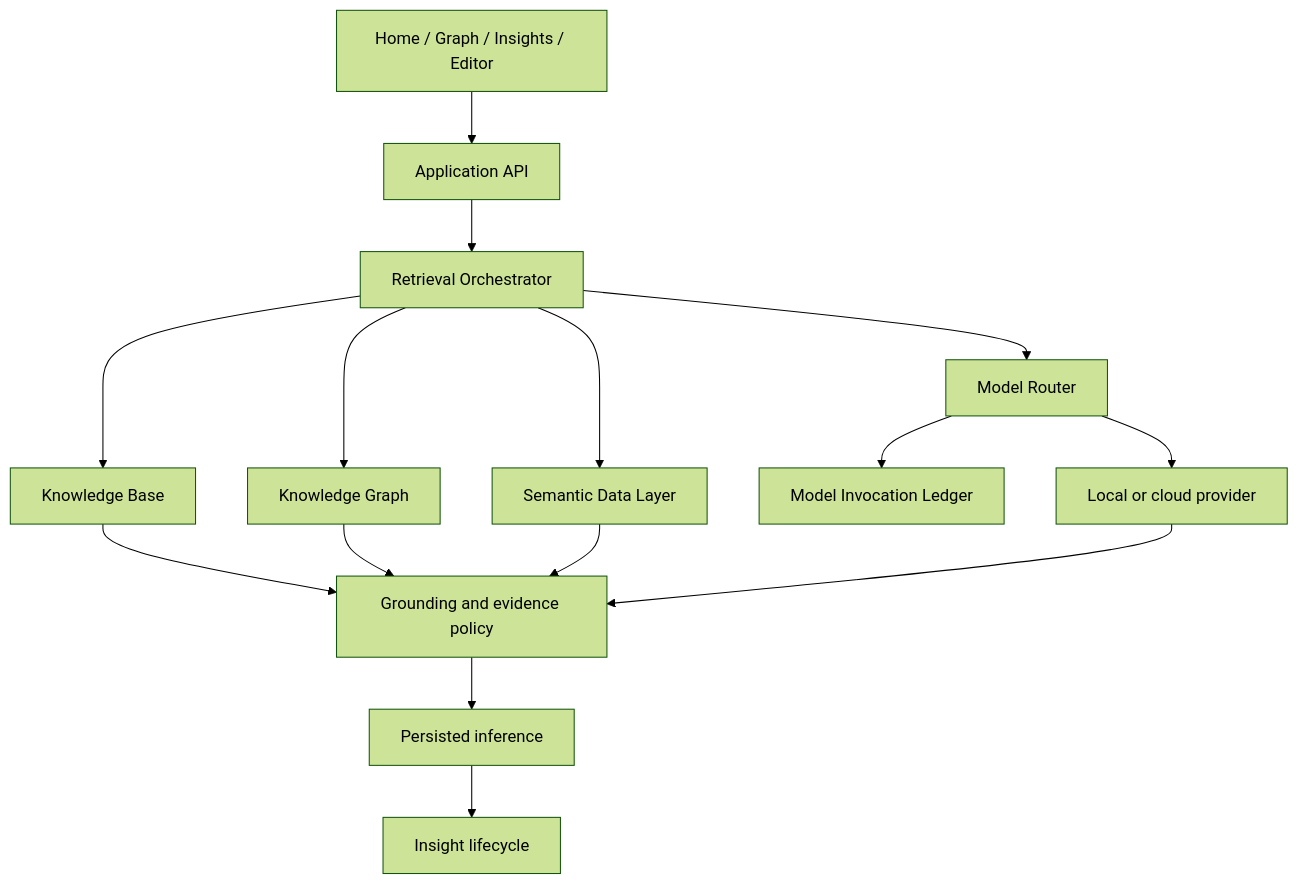
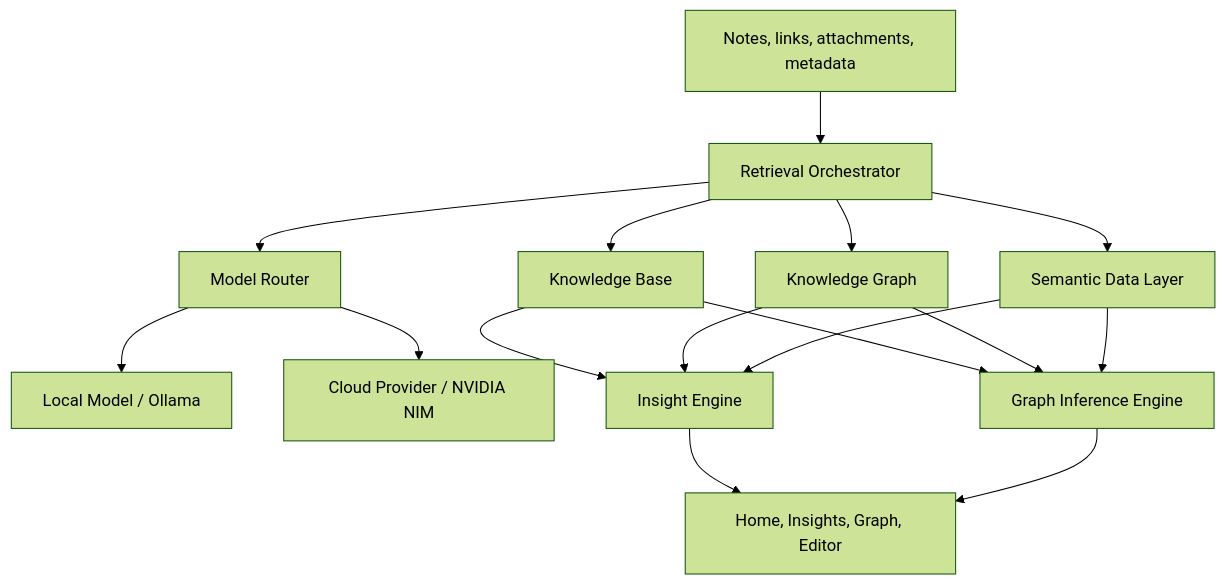
One commit to imsouza/berrybrain changed the third of 6 diagrams in README.md. Above: the diagram before and after it, drawn with Mermaid (forest theme). The commit also changed other lines of this file and 160 other files, not shown here.

````diff
--- a/README.md
+++ b/README.md
@@ -220,17 +189,18 @@
 ```mermaid
 flowchart TB
-  UI[Home / Graph / Insights / Editor] --> API[Application API]
-  API --> Orchestrator[Retrieval Orchestrator]
+  Input[Notes, links, attachments, metadata] --> Orchestrator[Retrieval Orchestrator]
   Orchestrator --> KB[Knowledge Base]
   Orchestrator --> KG[Knowledge Graph]
   Orchestrator --> SDL[Semantic Data Layer]
   Orchestrator --> Router[Model Router]
-  Router --> Ledger[Model Invocation Ledger]
-  Router --> Provider[Local or cloud provider]
-  KB --> Validator[Grounding and evidence policy]
-  KG --> Validator
-  SDL --> Validator
-  Provider --> Validator
-  Validator --> Inference[Persisted inference]
-  Inference --> Insights[Insight lifecycle]
+  Router --> Local[Local Model / Ollama]
+  Router --> Cloud[Cloud Provider / NVIDIA NIM]
+  KB --> Insight[Insight Engine]
+  KG --> Insight
+  SDL --> Insight
+  KB --> Infer[Graph Inference Engine]
+  KG --> Infer
+  SDL --> Infer
+  Insight --> UI[Home, Insights, Graph, Editor]
+  Infer --> UI
 ```
````
